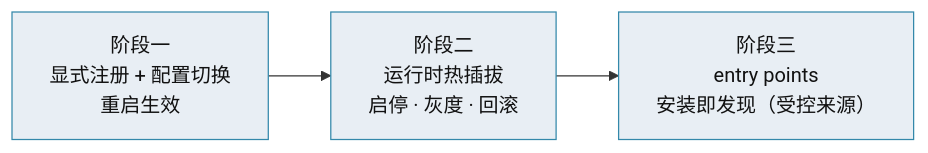
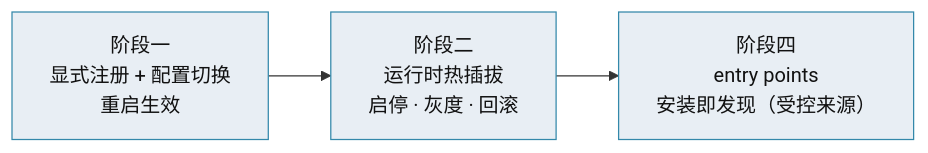
The third of 4 diagrams in bms文档/设计/架构设计/10_架构设计_子系统_扩展点与插件化.md (minjian123/basic-management-system), drawn with Mermaid before and after one commit. The commit also changed 127 other files, not shown here.

````diff
--- a/bms文档/设计/架构设计/10_架构设计_子系统_扩展点与插件化.md
+++ b/bms文档/设计/架构设计/10_架构设计_子系统_扩展点与插件化.md
@@ -80,5 +80,5 @@
 ```mermaid
 flowchart LR
-    S1["阶段一<br/>显式注册 + 配置切换<br/>重启生效"]:::s --> S2["阶段二<br/>运行时热插拔<br/>启停 · 灰度 · 回滚"]:::s --> S3["阶段三<br/>entry points<br/>安装即发现（受控来源）"]:::s
+    S1["阶段一<br/>显式注册 + 配置切换<br/>重启生效"]:::s --> S2["阶段二<br/>运行时热插拔<br/>启停 · 灰度 · 回滚"]:::s --> S3["阶段四<br/>entry points<br/>安装即发现（受控来源）"]:::s
     classDef s fill:#e8eef4,stroke:#38a,color:#111
 ```
````
